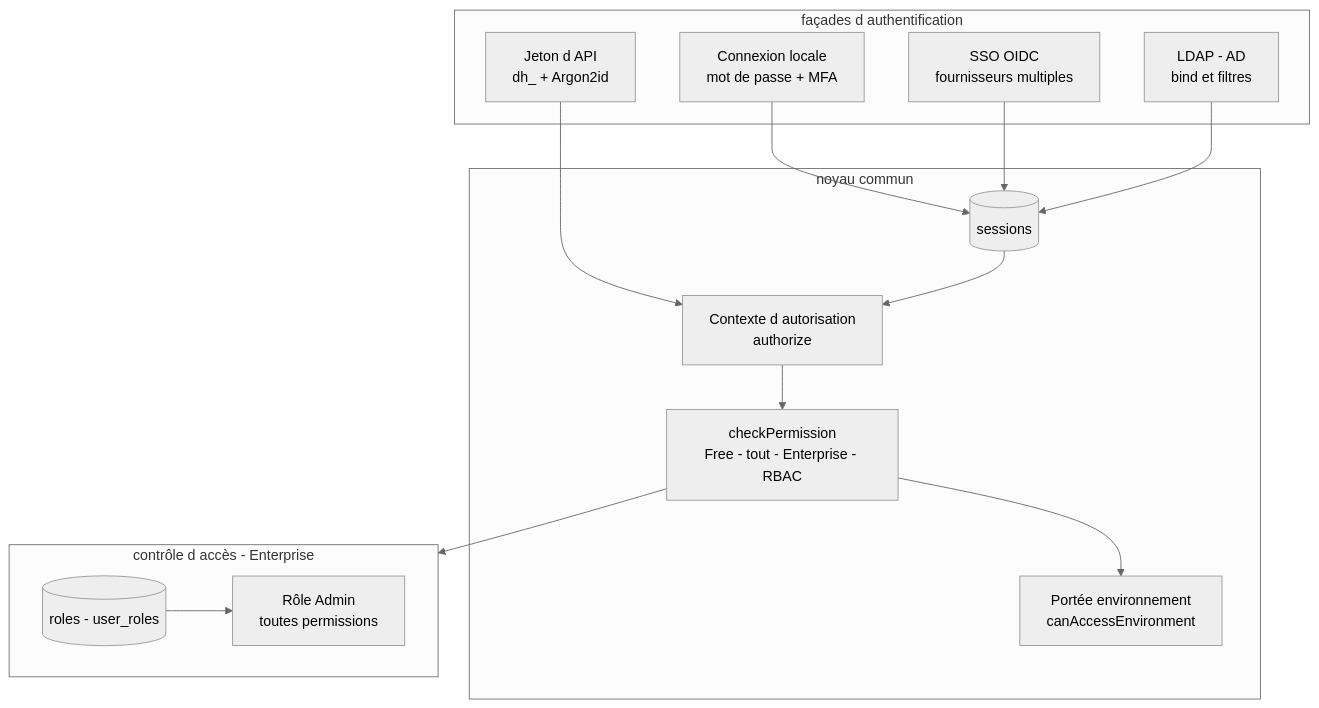
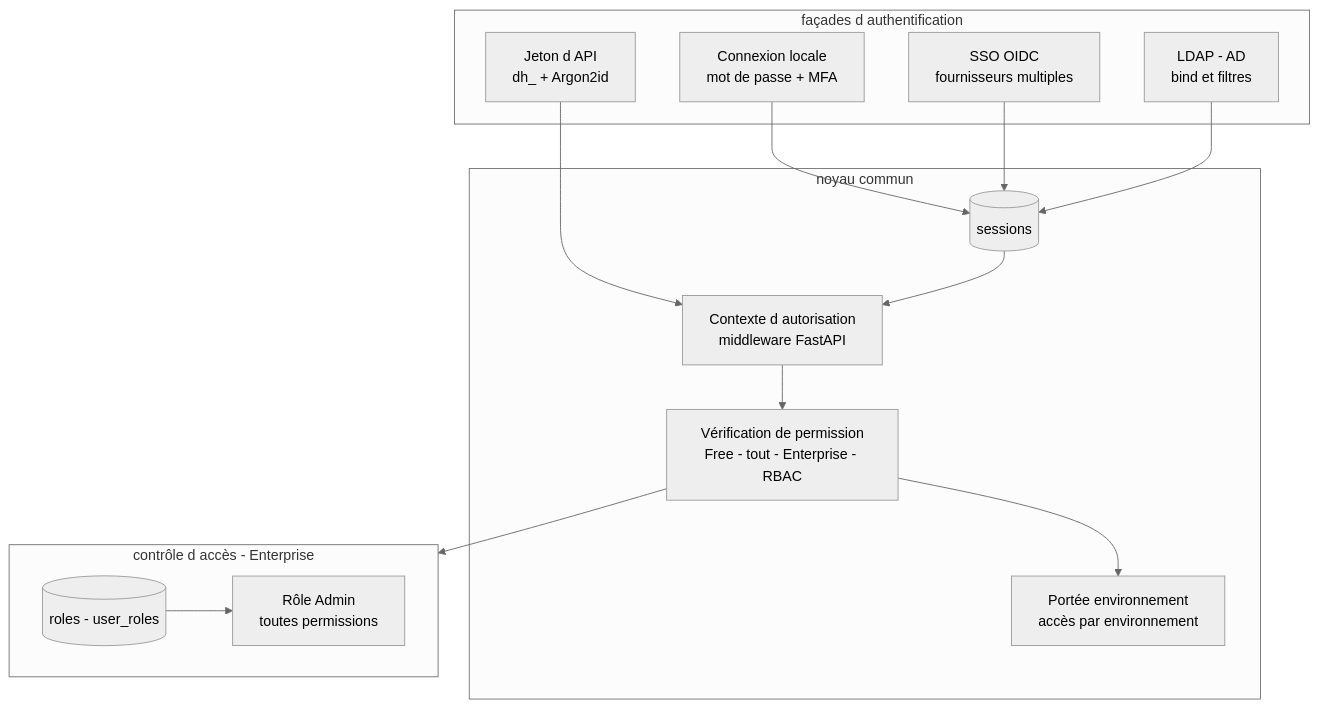
Before and after one commit to stefapi/windflow: the first of 2 diagrams in docs/spec_dockhand_reference/12-authentification-rbac.md, drawn with Mermaid (neutral theme). The commit also changed other lines of this file and 15 other files, not shown here.

````diff
--- a/docs/spec_dockhand_reference/12-authentification-rbac.md
+++ b/docs/spec_dockhand_reference/12-authentification-rbac.md
@@ -40,30 +36,30 @@
 ```mermaid
 flowchart TB
     subgraph Frontières[ façades d authentification ]
         LOCALE[Connexion locale<br/>mot de passe + MFA]
         OIDC[SSO OIDC<br/>fournisseurs multiples]
         LDAP[LDAP - AD<br/>bind et filtres]
         BEARER[Jeton d API<br/>dh_ + Argon2id]
     end
 
     subgraph Cœur[ noyau commun ]
         SESS[(sessions)]
-        CTX[Contexte d autorisation<br/>authorize]
-        PERM[checkPermission<br/>Free - tout - Enterprise - RBAC]
-        ENV[Portée environnement<br/>canAccessEnvironment]
+        CTX[Contexte d autorisation<br/>middleware FastAPI]
+        PERM[Vérification de permission<br/>Free - tout - Enterprise - RBAC]
+        ENV[Portée environnement<br/>accès par environnement]
     end
 
     subgraph RBAC[ contrôle d accès - Enterprise ]
         ROLES[(roles - user_roles)]
         ADMIN[Rôle Admin<br/>toutes permissions]
     end
 
     LOCALE --> SESS
     OIDC --> SESS
     LDAP --> SESS
     BEARER --> CTX
     SESS --> CTX
     CTX --> PERM --> ENV
     PERM --> RBAC
     ROLES --> ADMIN
 ```
````
